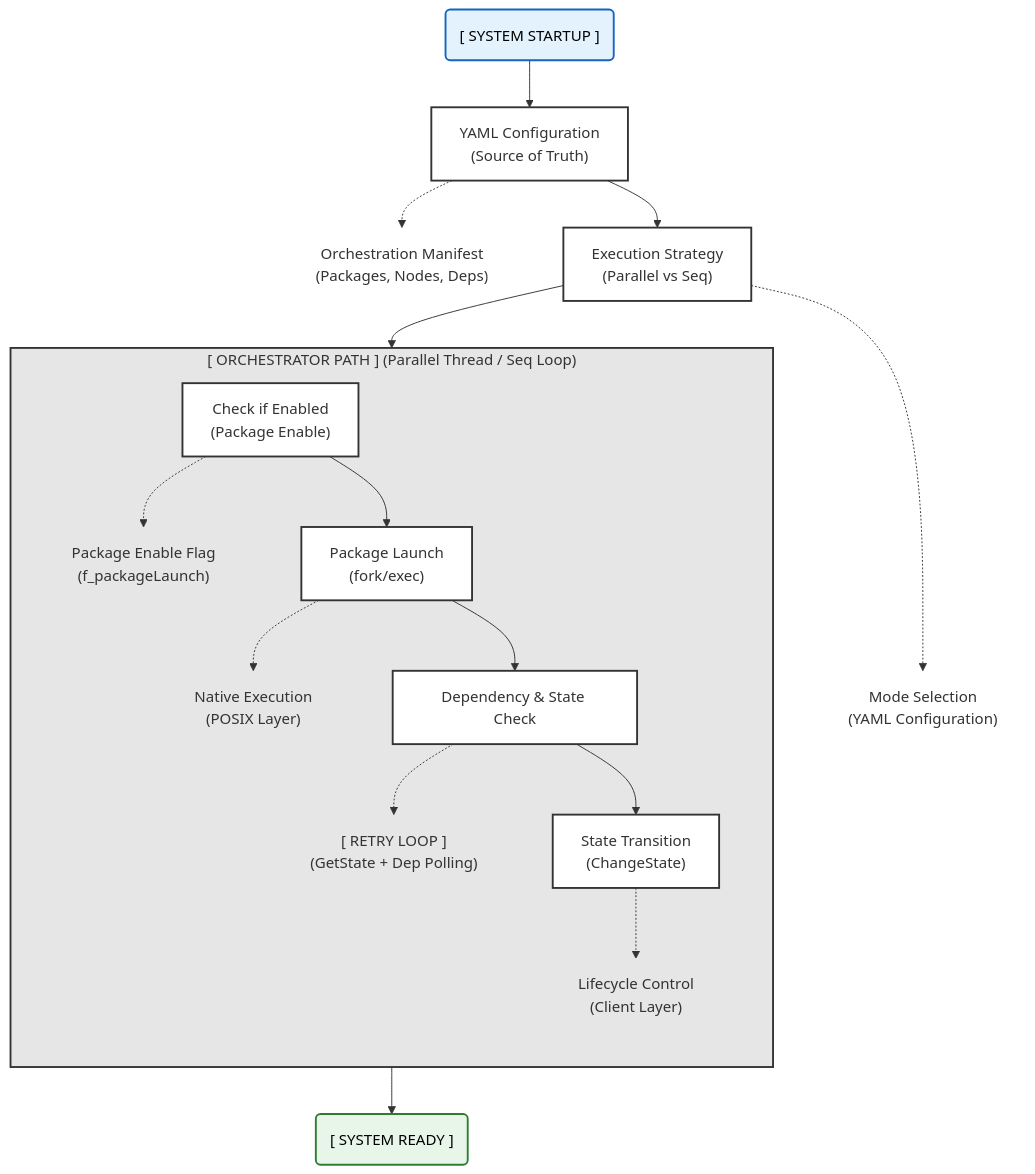
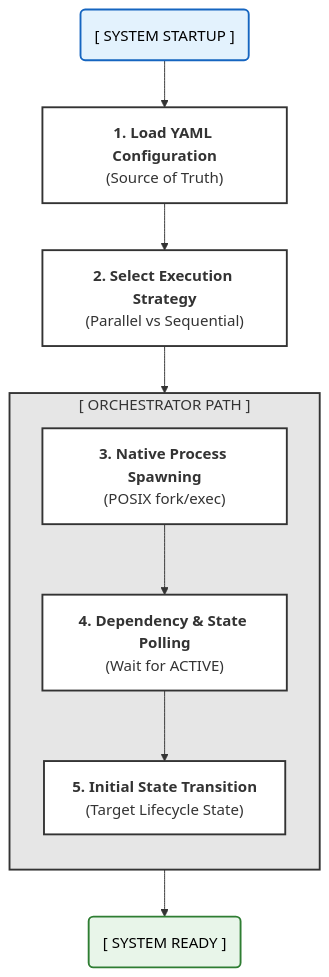
One commit to Open-Edge-Robotics/A.RobotAI-LGE-ROS2-LifecycleManager changed the third of 3 diagrams in README.md. Above: the diagram before and after it, drawn with Mermaid. The commit also changed other lines of this file, not shown here.

````diff
--- a/README.md
+++ b/README.md
@@ -259,43 +267,24 @@
 ```mermaid
 flowchart TD
-    Start("[ SYSTEM STARTUP ]") --> YAML
+    Start("[ SYSTEM STARTUP ]") --> YAML["<b>1. Load YAML Configuration</b><br/>(Source of Truth)"]
+    YAML --> Exec["<b>2. Select Execution Strategy</b><br/>(Parallel vs Sequential)"]
     
-    YAML["YAML Configuration<br/>(Source of Truth)"] -.-> YN["Orchestration Manifest<br/>(Packages, Nodes, Deps)"]
-    YAML --> Exec
-    
-    Exec["Execution Strategy<br/>(Parallel vs Seq)"] -.-> EN["Mode Selection<br/>(YAML Configuration)"]
-    Exec --> Path
-    
-    subgraph Path ["[ ORCHESTRATOR PATH ]  (Parallel Thread / Seq Loop)"]
+    subgraph Path ["[ ORCHESTRATOR PATH ]"]
         direction TB
-        Check["Check if Enabled<br/>(Package Enable)"] -.-> CN["Package Enable Flag<br/>(f_packageLaunch)"]
-        Check --> Launch
-        
-        Launch["Package Launch<br/>(fork/exec)"] -.-> LN["Native Execution<br/>(POSIX Layer)"]
-        Launch --> Dep
-        
-        Dep["Dependency & State Check"] -.-> DN["[ RETRY LOOP ]<br/>(GetState + Dep Polling)"]
-        Dep --> Trans
-        
-        Trans["State Transition<br/>(ChangeState)"] -.-> TN["Lifecycle Control<br/>(Client Layer)"]
+        Launch["<b>3. Native Process Spawning</b><br/>(POSIX fork/exec)"]
+        Launch --> Dep["<b>4. Dependency & State Polling</b><br/>(Wait for ACTIVE)"]
+        Dep --> Trans["<b>5. Initial State Transition</b><br/>(Target Lifecycle State)"]
     end
     
-    Path --> Ready("[ SYSTEM READY ]")
+    Exec --> Launch
+    Trans --> Ready("[ SYSTEM READY ]")
 
     style Path fill:#e6e6e6,stroke:#333,stroke-width:2px
     style Start fill:#e3f2fd,stroke:#1565c0,stroke-width:2px,color:#000
     style Ready fill:#e8f5e9,stroke:#2e7d32,stroke-width:2px,color:#000
-    style YN fill:none,stroke:none
-    style EN fill:none,stroke:none
-    style CN fill:none,stroke:none
-    style LN fill:none,stroke:none
-    style DN fill:none,stroke:none
-    style TN fill:none,stroke:none
-    
     style YAML fill:#fff,stroke:#333,stroke-width:2px
     style Exec fill:#fff,stroke:#333,stroke-width:2px
-    style Check fill:#fff,stroke:#333,stroke-width:2px
     style Launch fill:#fff,stroke:#333,stroke-width:2px
     style Dep fill:#fff,stroke:#333,stroke-width:2px
     style Trans fill:#fff,stroke:#333,stroke-width:2px
 ```
````
